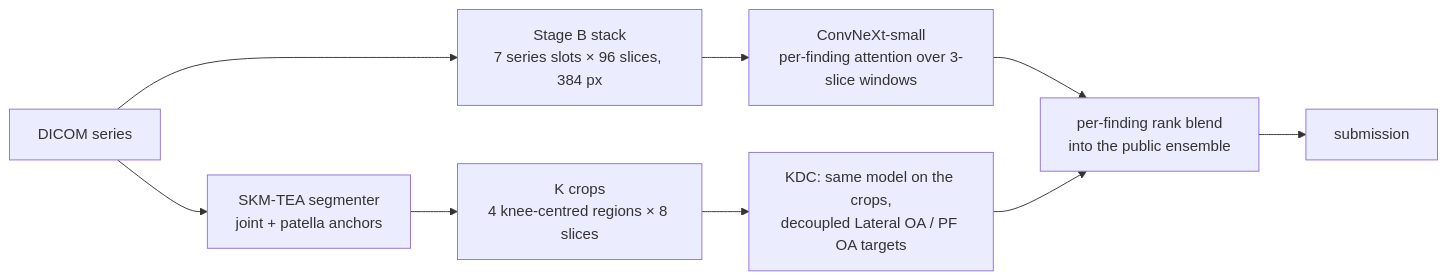
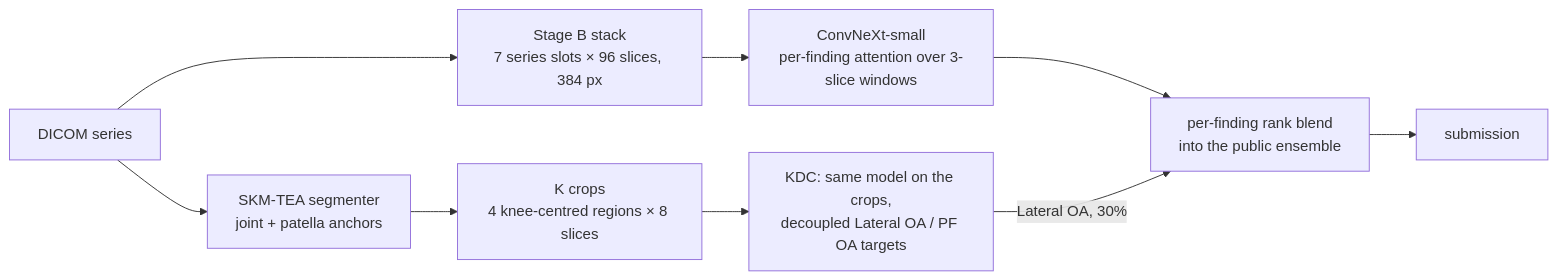
Before and after one commit to raahimnawaz/rsna-knee-abnormality-detection: the diagram in README.md, drawn with Mermaid. The commit also changed other lines of this file, not shown here.

````diff
--- a/README.md
+++ b/README.md
@@ -32,10 +55,10 @@
 ```mermaid
 flowchart LR
     D[DICOM series] --> SB[Stage B stack<br/>7 series slots × 96 slices, 384 px]
     D --> SEG[SKM-TEA segmenter<br/>joint + patella anchors] --> K[K crops<br/>4 knee-centred regions × 8 slices]
     SB --> M1[ConvNeXt-small<br/>per-finding attention over 3-slice windows]
     K --> M2[KDC: same model on the crops,<br/>decoupled Lateral OA / PF OA targets]
     M1 --> B[per-finding rank blend<br/>into the public ensemble]
-    M2 --> B
+    M2 -->|Lateral OA, 30%| B
     B --> S[submission]
 ```
````
